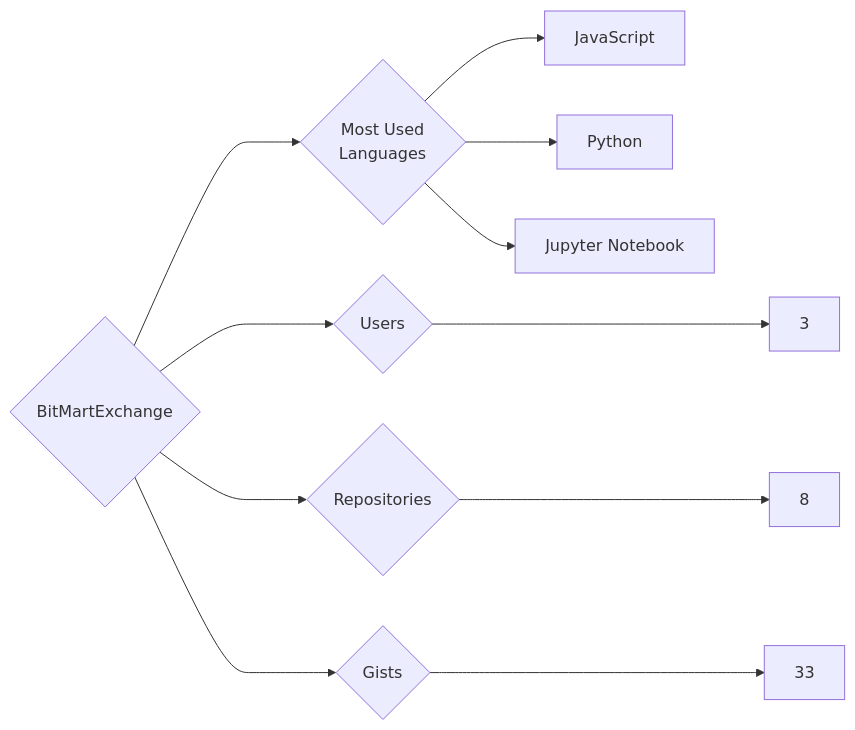
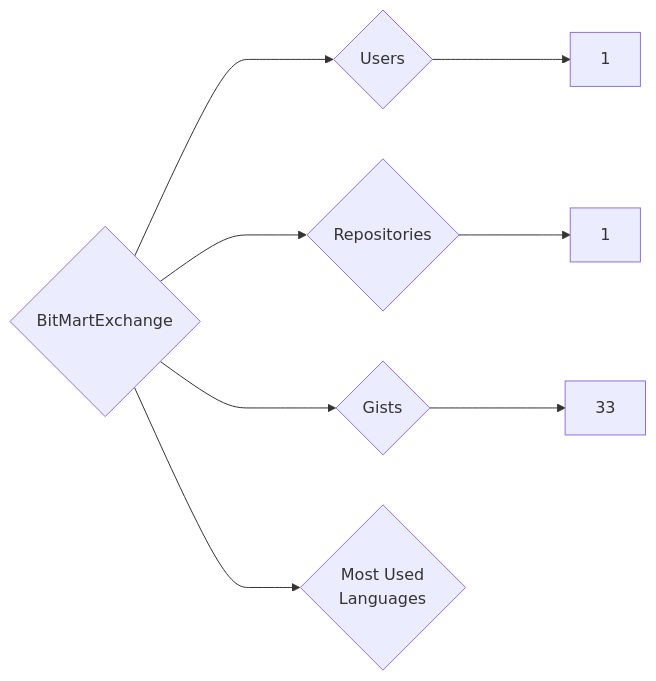
One commit to trickest/insiders changed the diagram in targets/BitMartExchange/README.md. Above: the diagram before and after it, drawn with Mermaid. The commit also changed 880 other files, not shown here.

````diff
--- a/targets/BitMartExchange/README.md
+++ b/targets/BitMartExchange/README.md
@@ -3,11 +3,8 @@
 ```mermaid
 graph LR
 COMPANY_NAME{BitMartExchange}
-COMPANY_NAME ---> U{Users} ---> UN[3]
-COMPANY_NAME ---> R{Repositories} ---> RN[8]
+COMPANY_NAME ---> U{Users} ---> UN[1]
+COMPANY_NAME ---> R{Repositories} ---> RN[1]
 COMPANY_NAME ---> G{Gists} ---> GN[33]
 COMPANY_NAME ---> ML{Most Used<br>Languages}
-ML --> JavaScript[JavaScript]
-ML --> Python[Python]
-ML --> Jupyter_Notebook[Jupyter Notebook]
 ```
````
